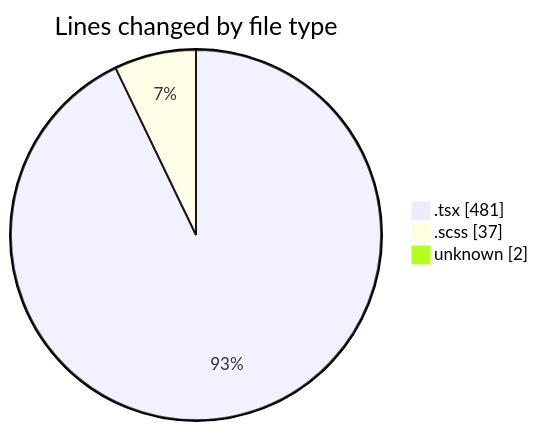
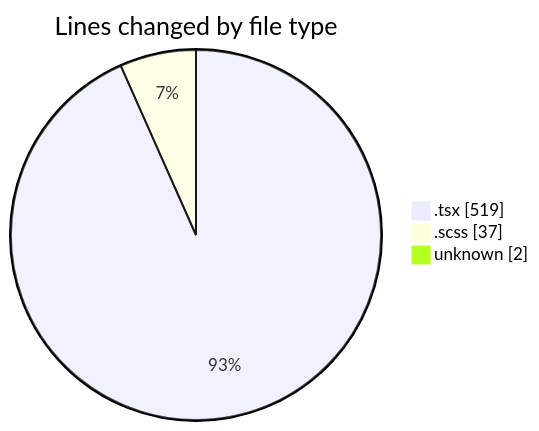
One commit to momahboobian/code-tracking changed the first of 2 diagrams in 2025-02-13/cda/README.md. Above: the diagram before and after it, drawn with Mermaid. The commit also changed other lines of this file and 1 other file, not shown here.

````diff
--- a/2025-02-13/cda/README.md
+++ b/2025-02-13/cda/README.md
@@ -28,7 +28,7 @@
 ```mermaid
 pie showData
 title Lines changed by file type
-".tsx" : 481
+".tsx" : 519
 ".scss" : 37
 "unknown" : 2
 ```
````
